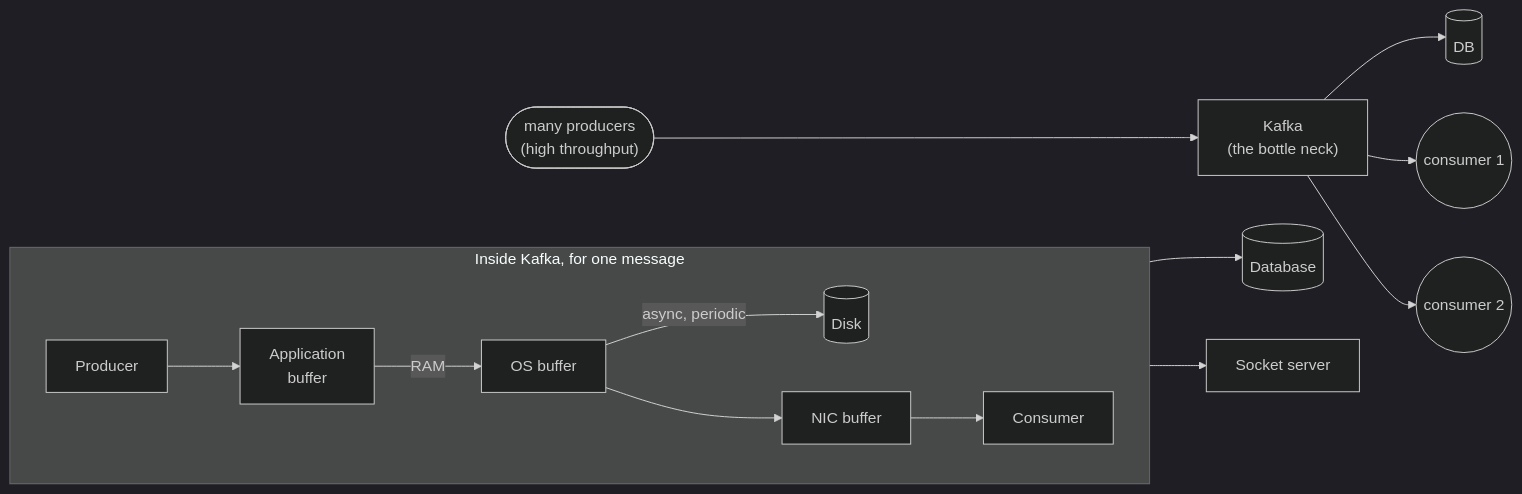
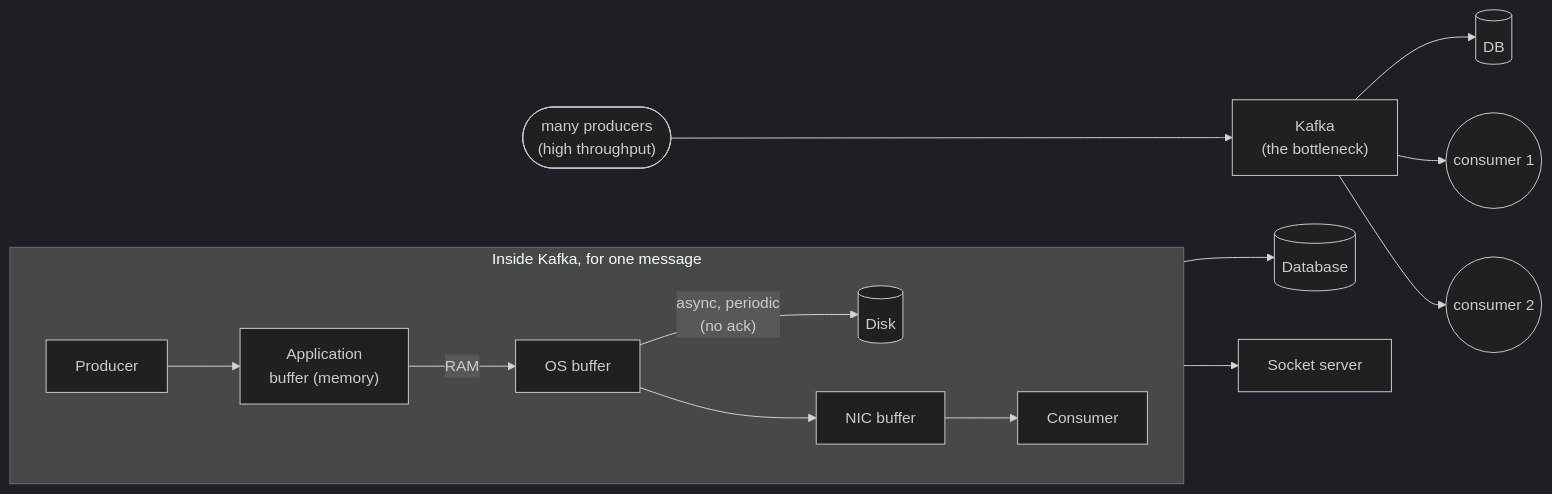
One commit to mohammedsaif001/full-stack-engineering-notes changed the first of 2 diagrams in 07-backend/11-Kafka-Event-Streaming-Architecture.md. Above: the diagram before and after it, drawn with Mermaid (dark theme). The commit also changed other lines of this file, not shown here.

Commit message:
kafka notes fix

````diff
--- a/07-backend/11-Kafka-Event-Streaming-Architecture.md
+++ b/07-backend/11-Kafka-Event-Streaming-Architecture.md
@@ -58,19 +36,19 @@
 ```mermaid
 flowchart LR
-    Users(["many producers\n(high throughput)"]) --> Neck["Kafka\n(the bottle neck)"]
+    Users(["many producers\n(high throughput)"]) --> Neck["Kafka\n(the bottleneck)"]
     Neck --> DB[("DB")]
     Neck --> S1(("consumer 1"))
     Neck --> S2(("consumer 2"))
 
     subgraph Inside["Inside Kafka, for one message"]
         direction LR
-        Producer["Producer"] --> AppBuf["Application\nbuffer"]
+        Producer["Producer"] --> AppBuf["Application\nbuffer (memory)"]
         AppBuf -->|RAM| OSBuf["OS buffer"]
-        OSBuf -->|async, periodic| Disk[("Disk")]
+        OSBuf -->|"async, periodic\n(no ack)"| Disk[("Disk")]
         OSBuf --> NIC["NIC buffer"]
         NIC --> Consumer["Consumer"]
     end
 
     Consumer --> Database[("Database")]
     Consumer --> Socket["Socket server"]
 ```
````
